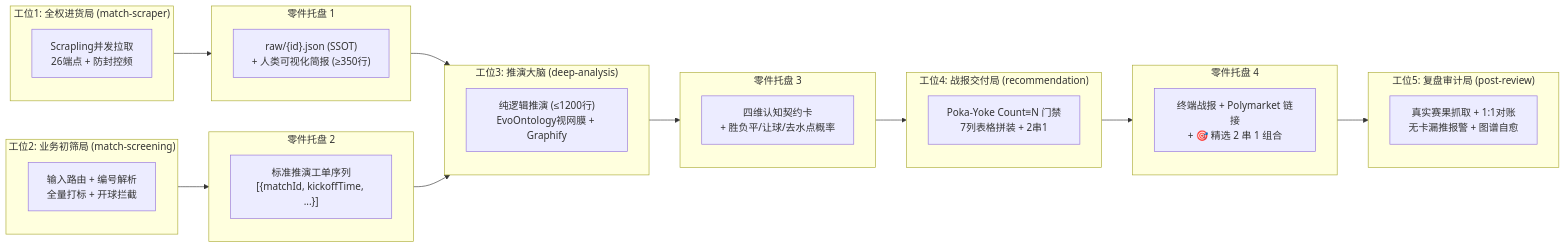
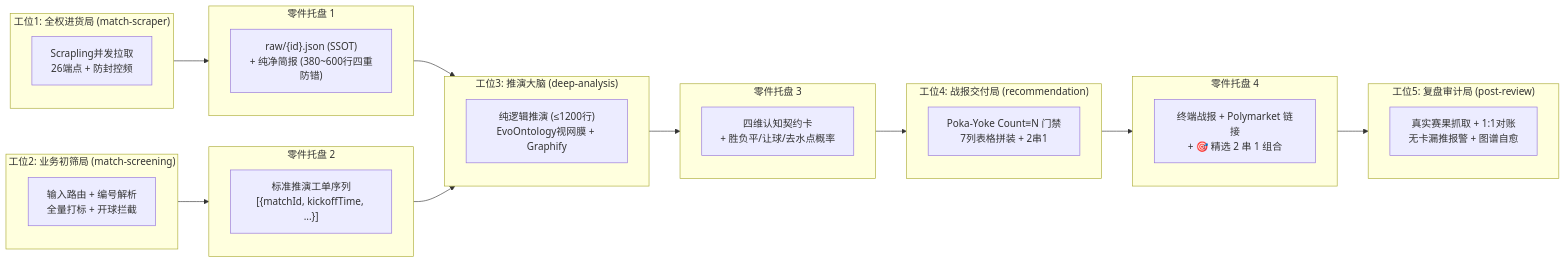
The second of 4 diagrams in README.md (i0ivi0i/supodds), drawn with Mermaid before and after one commit. The commit also changed other lines of this file and 33 other files, not shown here.

````diff
--- a/README.md
+++ b/README.md
@@ -78,38 +78,38 @@
 ```mermaid
 flowchart LR
     subgraph W1 ["工位1: 全权进货局 (match-scraper)"]
         S1["Scrapling并发拉取<br/>26端点 + 防封控频"]
     end
     subgraph T1 ["零件托盘 1"]
-        D1["raw/{id}.json (SSOT)<br/>+ 人类可视化简报 (≥350行)"]
+        D1["raw/{id}.json (SSOT)<br/>+ 纯净简报 (380~600行四重防错)"]
     end
     subgraph W2 ["工位2: 业务初筛局 (match-screening)"]
         S2["输入路由 + 编号解析<br/>全量打标 + 开球拦截"]
     end
     subgraph T2 ["零件托盘 2"]
         D2["标准推演工单序列<br/>[{matchId, kickoffTime, ...}]"]
     end
     subgraph W3 ["工位3: 推演大脑 (deep-analysis)"]
         S3["纯逻辑推演 (≤1200行)<br/>EvoOntology视网膜 + Graphify"]
     end
     subgraph T3 ["零件托盘 3"]
         D3["四维认知契约卡<br/>+ 胜负平/让球/去水点概率"]
     end
     subgraph W4 ["工位4: 战报交付局 (recommendation)"]
         S4["Poka-Yoke Count≡N 门禁<br/>7列表格拼装 + 2串1"]
     end
     subgraph T4 ["零件托盘 4"]
         D4["终端战报 + Polymarket 链接<br/>+ 🎯 精选 2 串 1 组合"]
     end
     subgraph W5 ["工位5: 复盘审计局 (post-review)"]
         S5["真实赛果抓取 + 1:1对账<br/>无卡漏推报警 + 图谱自愈"]
     end
 
     W1 --> T1
     W2 --> T2
     T1 & T2 --> W3
     W3 --> T3
     T3 --> W4
     W4 --> T4
     T4 --> W5
 ```
````
